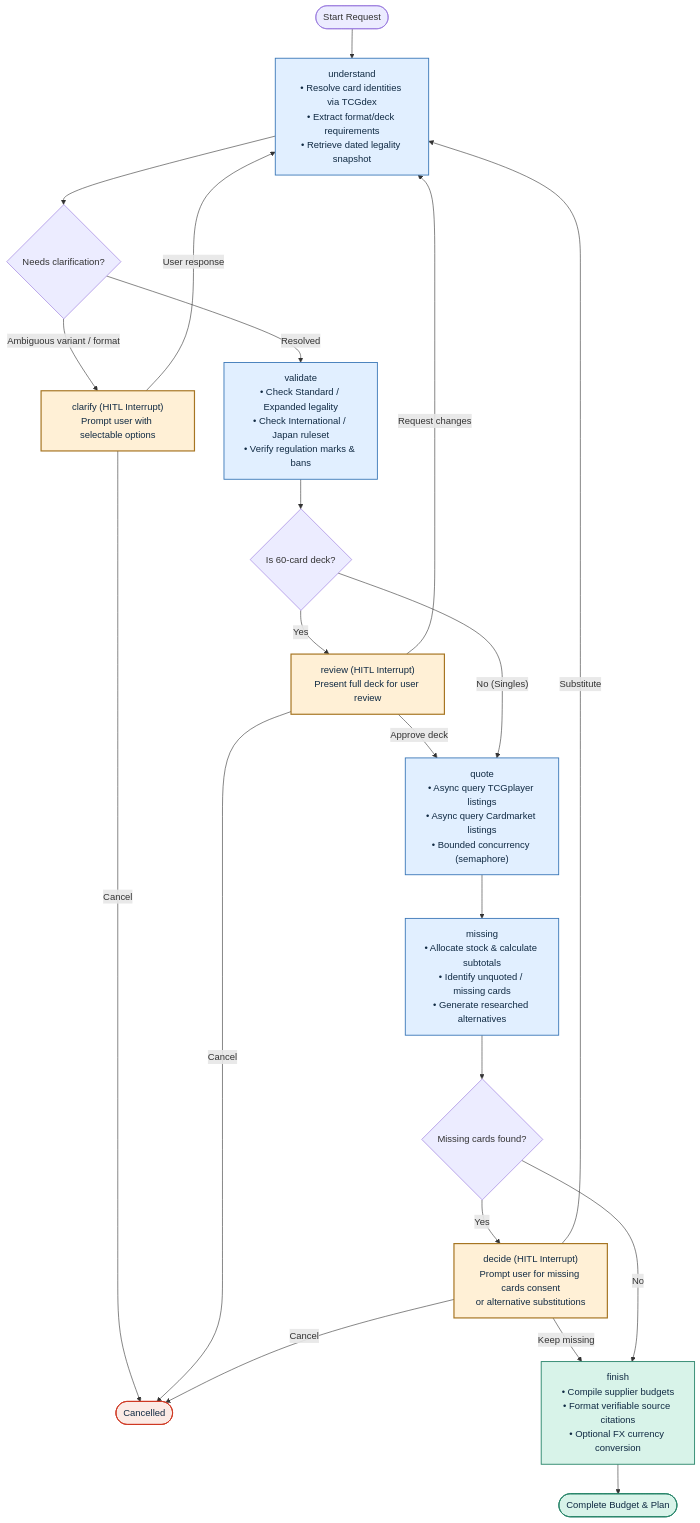
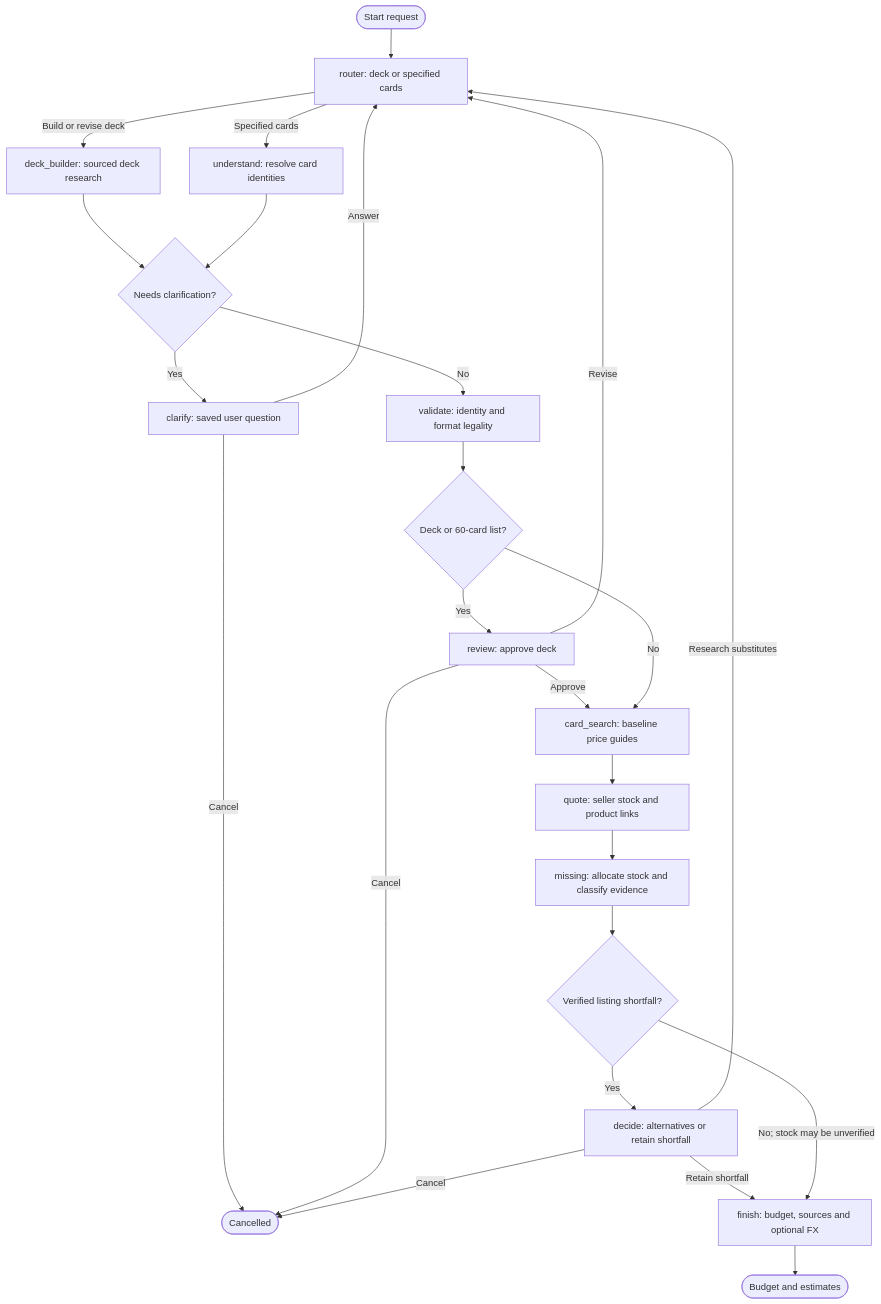
One commit to 02loveslollipop/TCGMarketplaceAgent changed the first of 2 diagrams in README.md. Above: the diagram before and after it, drawn with Mermaid. The commit also changed other lines of this file, not shown here.

Commit message:
docs: describe phased pricing and retrieval diagnostics

````diff
--- a/README.md
+++ b/README.md
@@ -154,41 +154,27 @@
 ```mermaid
 flowchart TD
-    Start(["Start Request"]) --> Understand["understand<br/>• Resolve card identities via TCGdex<br/>• Extract format/deck requirements<br/>• Retrieve dated legality snapshot"]
-
-    Understand --> ClarifyCond{"Needs clarification?"}
-    ClarifyCond -- "Ambiguous variant / format" --> Clarify["clarify (HITL Interrupt)<br/>Prompt user with selectable options"]
-    Clarify -- "User response" --> Understand
-    Clarify -- "Cancel" --> EndCancel(["Cancelled"])
-
-    ClarifyCond -- "Resolved" --> Validate["validate<br/>• Check Standard / Expanded legality<br/>• Check International / Japan ruleset<br/>• Verify regulation marks & bans"]
-
-    Validate --> DeckCond{"Is 60-card deck?"}
-    DeckCond -- "Yes" --> Review["review (HITL Interrupt)<br/>Present full deck for user review"]
-    Review -- "Approve deck" --> Quote["quote<br/>• Async query TCGplayer listings<br/>• Async query Cardmarket listings<br/>• Bounded concurrency (semaphore)"]
-    Review -- "Request changes" --> Understand
-    Review -- "Cancel" --> EndCancel
-
-    DeckCond -- "No (Singles)" --> Quote
-
-    Quote --> Missing["missing<br/>• Allocate stock & calculate subtotals<br/>• Identify unquoted / missing cards<br/>• Generate researched alternatives"]
-
-    Missing --> MissingCond{"Missing cards found?"}
-    MissingCond -- "Yes" --> Decide["decide (HITL Interrupt)<br/>Prompt user for missing cards consent<br/>or alternative substitutions"]
-    Decide -- "Substitute" --> Understand
-    Decide -- "Keep missing" --> Finish["finish<br/>• Compile supplier budgets<br/>• Format verifiable source citations<br/>• Optional FX currency conversion"]
-    Decide -- "Cancel" --> EndCancel
-
-    MissingCond -- "No" --> Finish
-
-    Finish --> EndDone(["Complete Budget & Plan"])
-
-    classDef stage fill:#e1efff,stroke:#3976b7,stroke-width:1.5px,color:#102a43;
-    classDef interrupt fill:#fff0d6,stroke:#a67522,stroke-width:2px,color:#102a43;
-    classDef stop fill:#fbeae5,stroke:#cf3721,stroke-width:1.5px,color:#102a43;
-    classDef done fill:#d8f3e9,stroke:#258368,stroke-width:1.5px,color:#102a43;
-
-    class Understand,Validate,Quote,Missing stage;
-    class Clarify,Review,Decide interrupt;
-    class EndCancel stop;
-    class Finish,EndDone done;
+    Start(["Start request"]) --> Router["router: deck or specified cards"]
+    Router -- "Build or revise deck" --> Builder["deck_builder: sourced deck research"]
+    Router -- "Specified cards" --> Understand["understand: resolve card identities"]
+    Builder --> Question{"Needs clarification?"}
+    Understand --> Question
+    Question -- "Yes" --> Clarify["clarify: saved user question"]
+    Clarify -- "Answer" --> Router
+    Clarify -- "Cancel" --> Cancel(["Cancelled"])
+    Question -- "No" --> Validate["validate: identity and format legality"]
+    Validate --> Deck{"Deck or 60-card list?"}
+    Deck -- "Yes" --> Review["review: approve deck"]
+    Review -- "Revise" --> Router
+    Review -- "Cancel" --> Cancel
+    Review -- "Approve" --> Baseline["card_search: baseline price guides"]
+    Deck -- "No" --> Baseline
+    Baseline --> Quote["quote: seller stock and product links"]
+    Quote --> Missing["missing: allocate stock and classify evidence"]
+    Missing --> Shortfall{"Verified listing shortfall?"}
+    Shortfall -- "Yes" --> Decide["decide: alternatives or retain shortfall"]
+    Decide -- "Research substitutes" --> Router
+    Decide -- "Cancel" --> Cancel
+    Decide -- "Retain shortfall" --> Finish["finish: budget, sources and optional FX"]
+    Shortfall -- "No; stock may be unverified" --> Finish
+    Finish --> Done(["Budget and estimates"])
 ```
````
